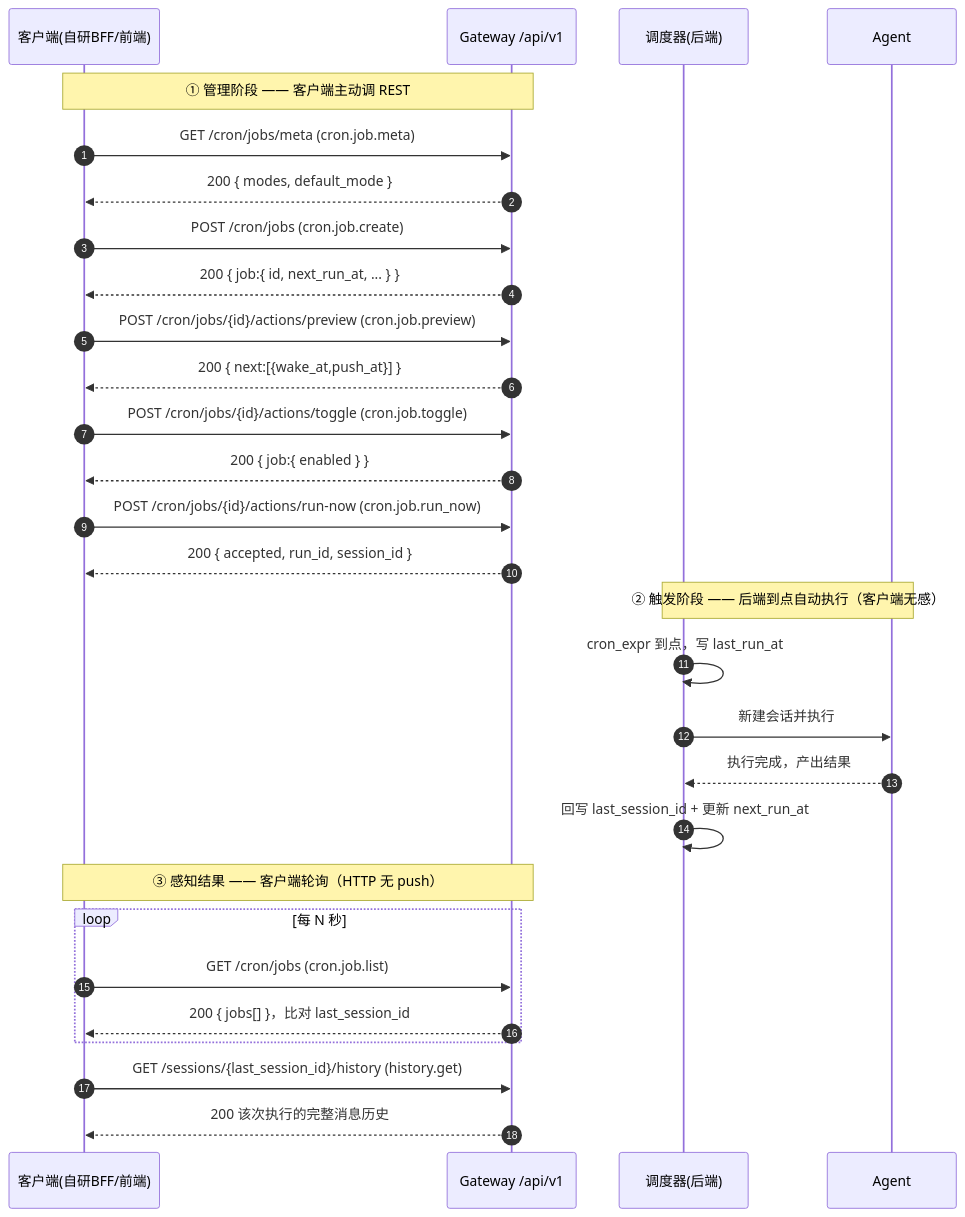
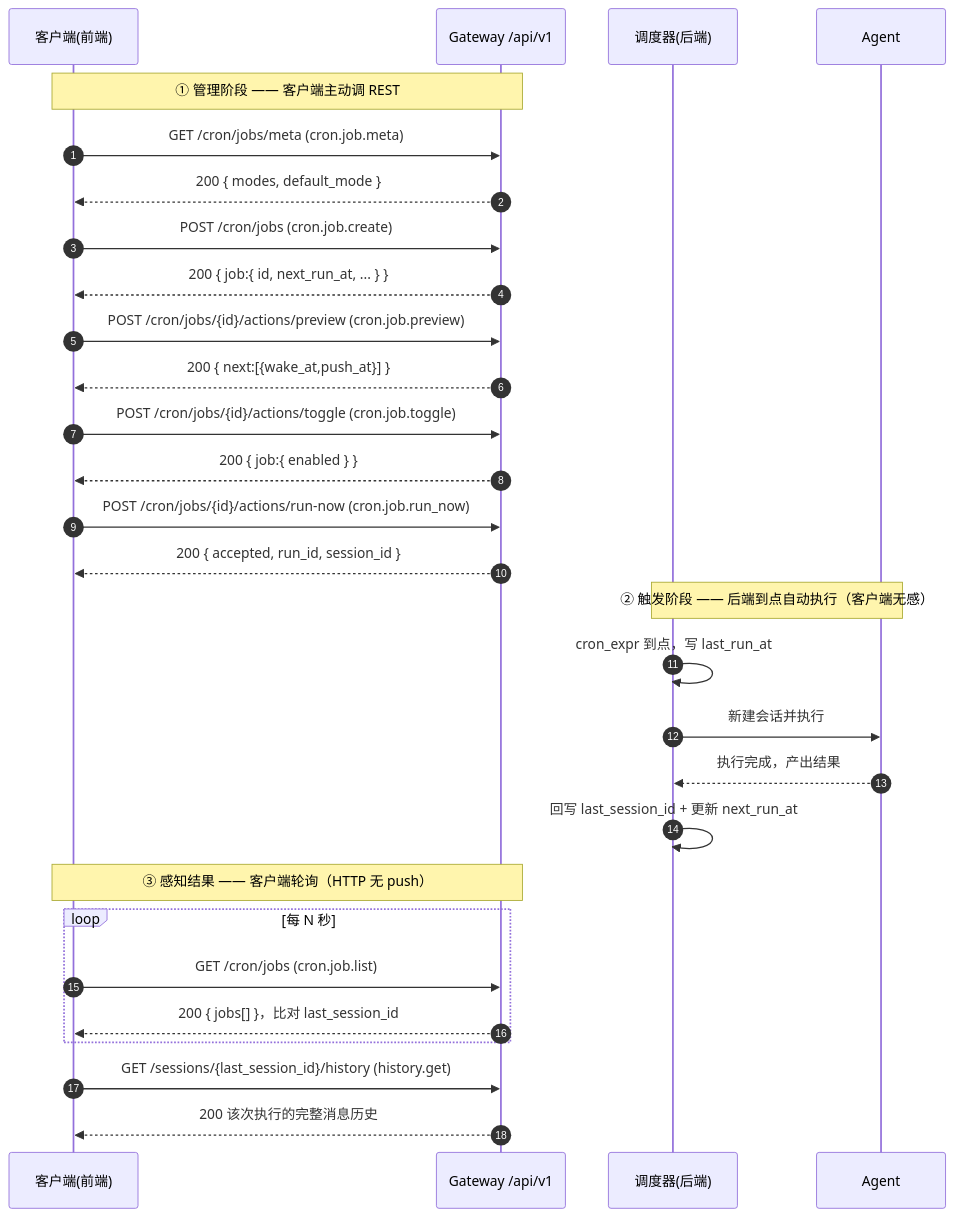
Before and after one commit to chang-enoch/jiuwenswarm: the first of 2 diagrams in docs/zh/Gateway Http接口文档.md, drawn with Mermaid. The commit also changed other lines of this file and 4 other files, not shown here.

````diff
--- a/docs/zh/Gateway Http接口文档.md
+++ b/docs/zh/Gateway Http接口文档.md
@@ -1234,34 +1236,34 @@
 ```mermaid
 sequenceDiagram
     autonumber
-    participant C as 客户端(自研BFF/前端)
+    participant C as 客户端(前端)
     participant GW as Gateway /api/v1
     participant Sch as 调度器(后端)
     participant AG as Agent
 
     Note over C,GW: ① 管理阶段 —— 客户端主动调 REST
     C->>GW: GET /cron/jobs/meta   (cron.job.meta)
     GW-->>C: 200 { modes, default_mode }
     C->>GW: POST /cron/jobs   (cron.job.create)
     GW-->>C: 200 { job:{ id, next_run_at, ... } }
     C->>GW: POST /cron/jobs/{id}/actions/preview   (cron.job.preview)
     GW-->>C: 200 { next:[{wake_at,push_at}] }
     C->>GW: POST /cron/jobs/{id}/actions/toggle   (cron.job.toggle)
     GW-->>C: 200 { job:{ enabled } }
     C->>GW: POST /cron/jobs/{id}/actions/run-now   (cron.job.run_now)
     GW-->>C: 200 { accepted, run_id, session_id }
 
     Note over Sch,AG: ② 触发阶段 —— 后端到点自动执行（客户端无感）
     Sch->>Sch: cron_expr 到点，写 last_run_at
     Sch->>AG: 新建会话并执行
     AG-->>Sch: 执行完成，产出结果
     Sch->>Sch: 回写 last_session_id + 更新 next_run_at
 
     Note over C,GW: ③ 感知结果 —— 客户端轮询（HTTP 无 push）
     loop 每 N 秒
         C->>GW: GET /cron/jobs   (cron.job.list)
         GW-->>C: 200 { jobs[] }，比对 last_session_id
     end
     C->>GW: GET /sessions/{last_session_id}/history   (history.get)
     GW-->>C: 200 该次执行的完整消息历史
 ```
````
